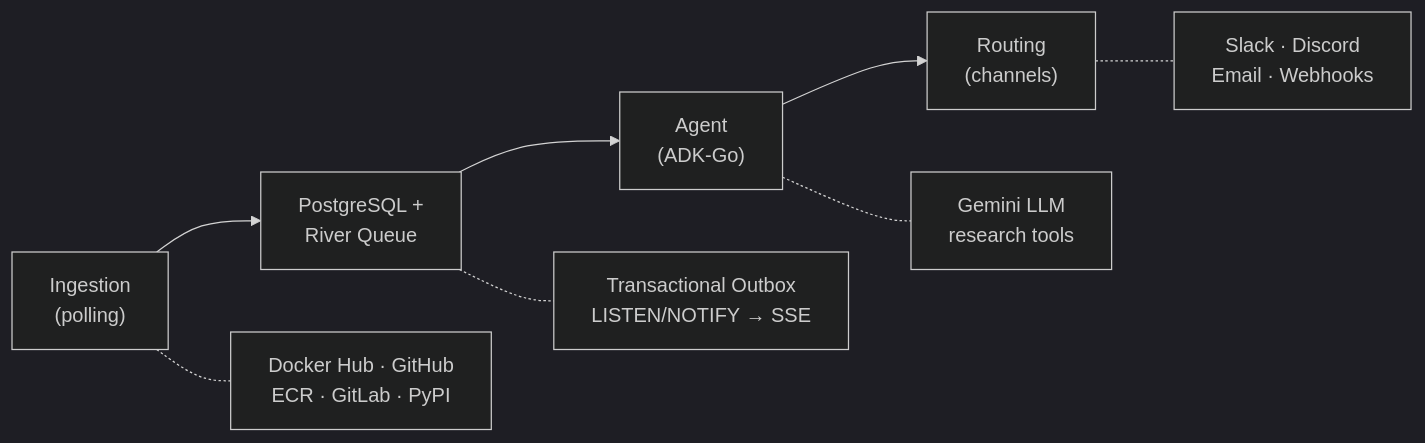
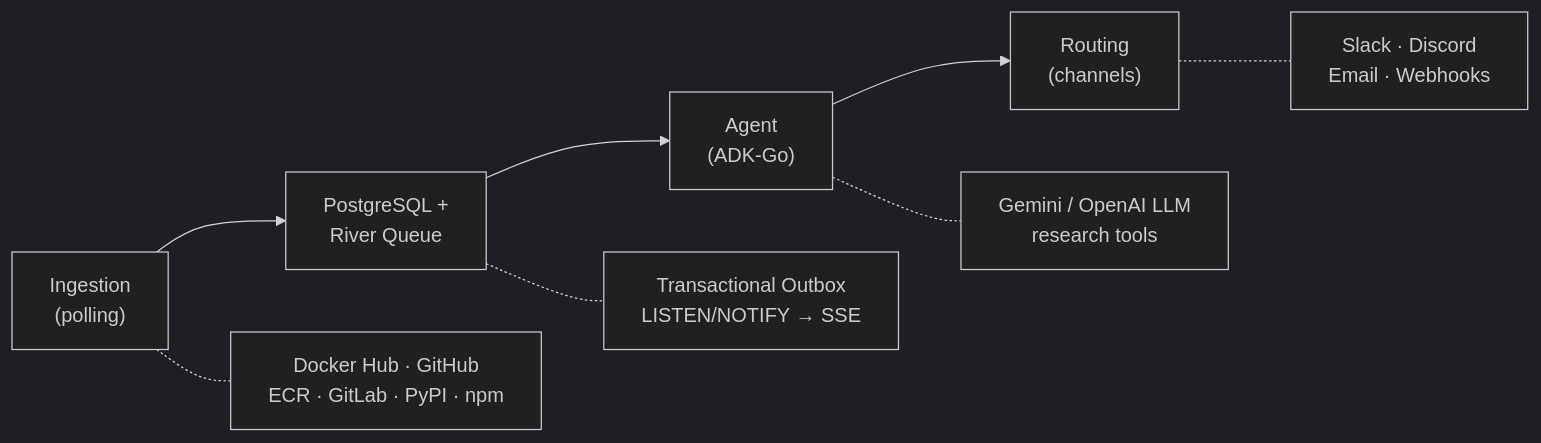
One commit to sentioxyz/changelogue changed the diagram in README.md. Above: the diagram before and after it, drawn with Mermaid (dark theme). The commit also changed other lines of this file and 4 other files, not shown here.

````diff
--- a/README.md
+++ b/README.md
@@ -18,11 +22,11 @@
 ```mermaid
 graph LR
     A["Ingestion<br/>(polling)"] --> B["PostgreSQL +<br/>River Queue"]
     B --> C["Agent<br/>(ADK-Go)"]
     C --> D["Routing<br/>(channels)"]
 
-    A -.- A1["Docker Hub · GitHub<br/>ECR · GitLab · PyPI"]
+    A -.- A1["Docker Hub · GitHub<br/>ECR · GitLab · PyPI · npm"]
     B -.- B1["Transactional Outbox<br/>LISTEN/NOTIFY → SSE"]
-    C -.- C1["Gemini LLM<br/>research tools"]
+    C -.- C1["Gemini / OpenAI LLM<br/>research tools"]
     D -.- D1["Slack · Discord<br/>Email · Webhooks"]
 ```
````
